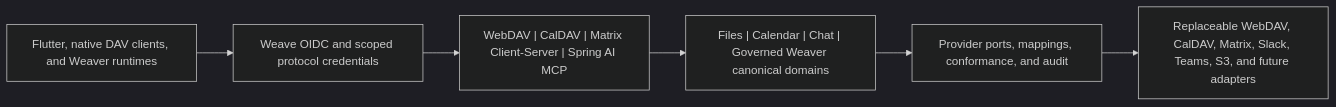
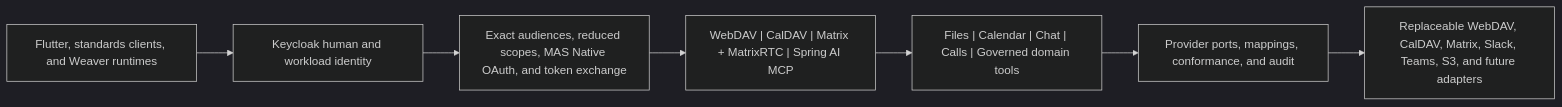
One commit to masssi164/weave changed the diagram in README.md. Above: the diagram before and after it, drawn with Mermaid (dark theme). The commit also changed other lines of this file and 63 other files, not shown here.

Commit message:
feat(calls): cut over strictly to MatrixRTC Profile 0

````diff
--- a/README.md
+++ b/README.md
@@ -34,8 +35,9 @@
 ```mermaid
 flowchart LR
-  clients["Flutter, native DAV clients, and Weaver runtimes"] --> oidc["Weave OIDC and scoped protocol credentials"]
-  oidc --> northbound["WebDAV | CalDAV | Matrix Client-Server | Spring AI MCP"]
-  northbound --> domains["Files | Calendar | Chat | Governed Weaver canonical domains"]
+  clients["Flutter, standards clients, and Weaver runtimes"] --> keycloak["Keycloak human and workload identity"]
+  keycloak --> oauth["Exact audiences, reduced scopes, MAS Native OAuth, and token exchange"]
+  oauth --> northbound["WebDAV | CalDAV | Matrix + MatrixRTC | Spring AI MCP"]
+  northbound --> domains["Files | Calendar | Chat | Calls | Governed domain tools"]
   domains --> ports["Provider ports, mappings, conformance, and audit"]
   ports --> providers["Replaceable WebDAV, CalDAV, Matrix, Slack, Teams, S3, and future adapters"]
 ```
````
